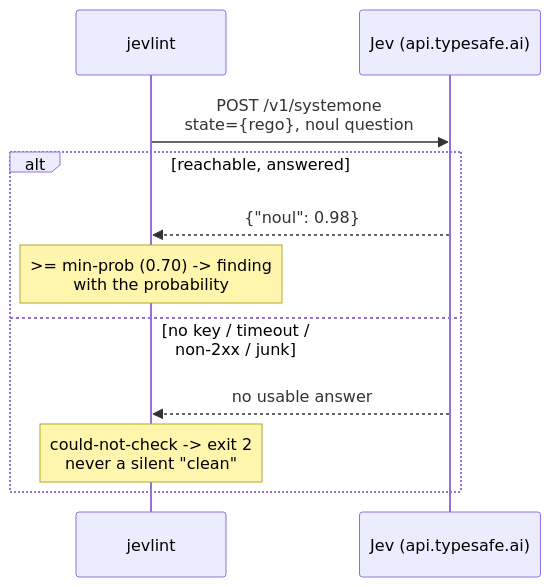
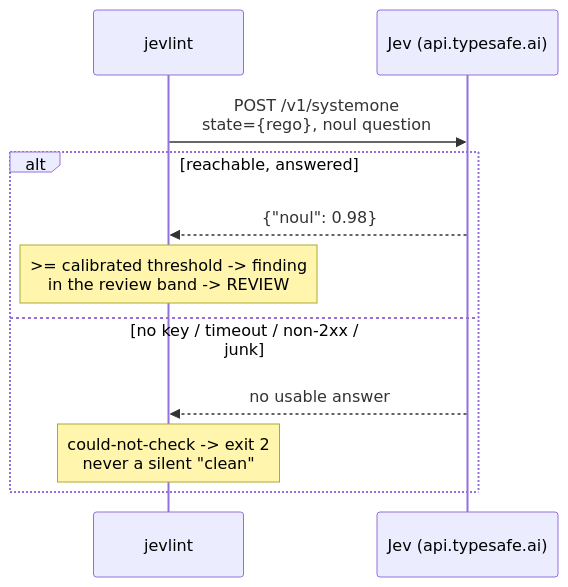
The third of 6 diagrams in docs/ARCHITECTURE.md (aflock-ai/jevlint), drawn with Mermaid before and after one commit. The commit also changed other lines of this file and 44 other files, not shown here.

````diff
--- a/docs/ARCHITECTURE.md
+++ b/docs/ARCHITECTURE.md
@@ -76,13 +76,13 @@
 ```mermaid
 sequenceDiagram
     participant J as jevlint
     participant T as Jev (api.typesafe.ai)
     J->>T: POST /v1/systemone<br/>state={rego}, noul question
     alt reachable, answered
         T-->>J: {"noul": 0.98}
-        Note over J: >= min-prob (0.70) -> finding<br/>with the probability
+        Note over J: >= calibrated threshold -> finding<br/>in the review band -> REVIEW
     else no key / timeout / non-2xx / junk
         T-->>J: no usable answer
         Note over J: could-not-check -> exit 2<br/>never a silent "clean"
     end
 ```
````
